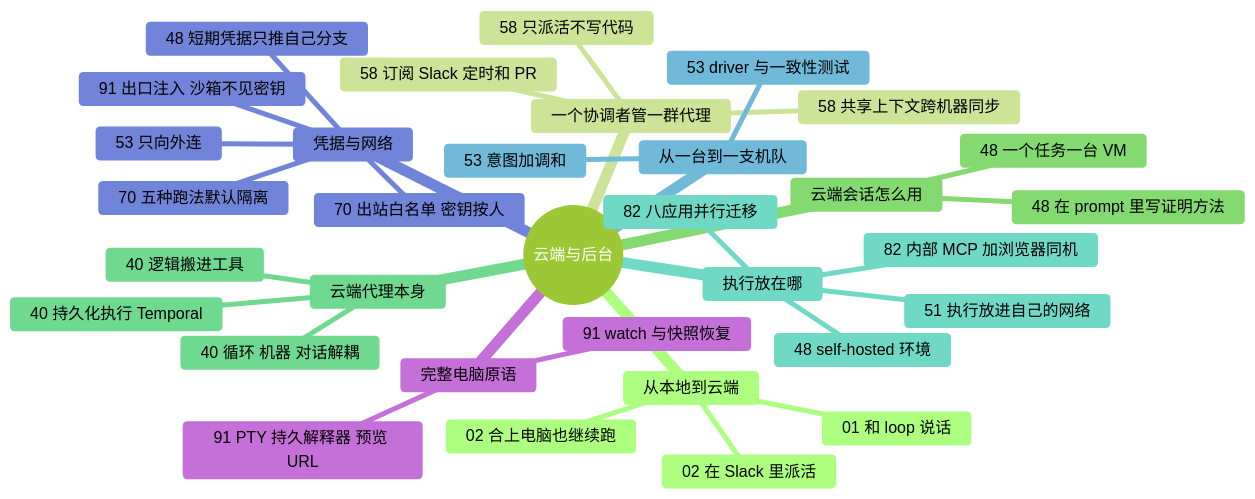
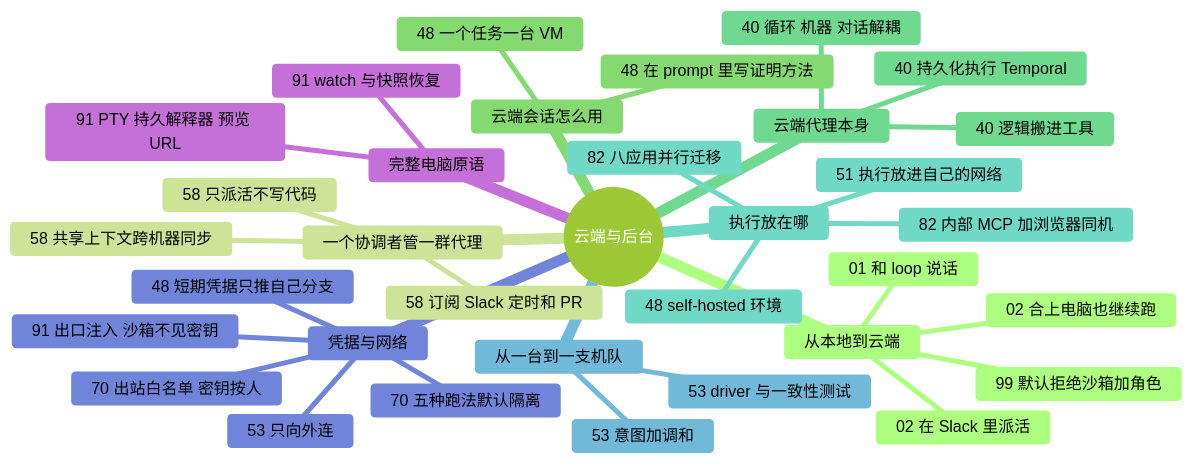
Before and after one commit to yzw7489757/ai-coding-videos: the diagram in docs/guide/cloud.md, drawn with Mermaid (forest theme). The commit also changed other lines of this file and 15 other files, not shown here.

````diff
--- a/docs/guide/cloud.md
+++ b/docs/guide/cloud.md
@@ -13,36 +13,37 @@
 ```mermaid
 mindmap
   root((云端与后台))
     从本地到云端
+      99 默认拒绝沙箱加角色
       01 和 loop 说话
       02 合上电脑也继续跑
       02 在 Slack 里派活
     一个协调者管一群代理
       58 只派活不写代码
       58 共享上下文跨机器同步
       58 订阅 Slack 定时和 PR
     云端会话怎么用
       48 一个任务一台 VM
       48 在 prompt 里写证明方法
     云端代理本身
       40 持久化执行 Temporal
       40 循环 机器 对话解耦
       40 逻辑搬进工具
     执行放在哪
       51 执行放进自己的网络
       48 self-hosted 环境
       82 内部 MCP 加浏览器同机
       82 八应用并行迁移
     从一台到一支机队
       53 意图加调和
       53 driver 与一致性测试
     凭据与网络
       48 短期凭据只推自己分支
       53 只向外连
       70 出站白名单 密钥按人
       70 五种跑法默认隔离
       91 出口注入 沙箱不见密钥
     完整电脑原语
       91 PTY 持久解释器 预览 URL
       91 watch 与快照恢复
 ```
````
